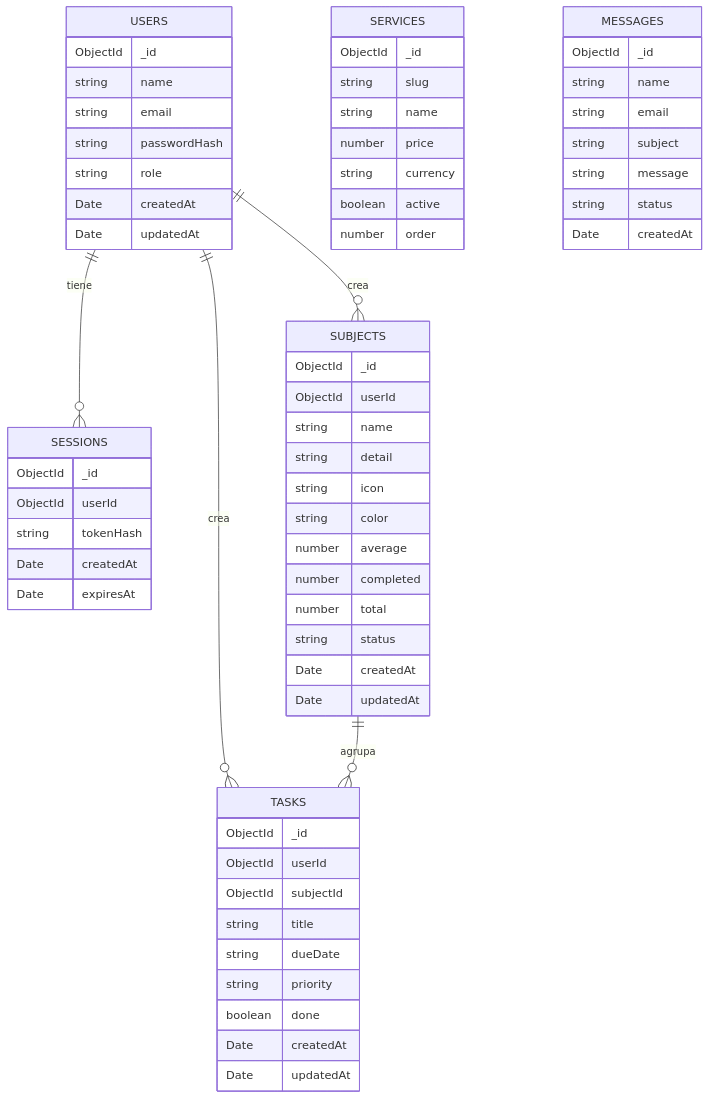
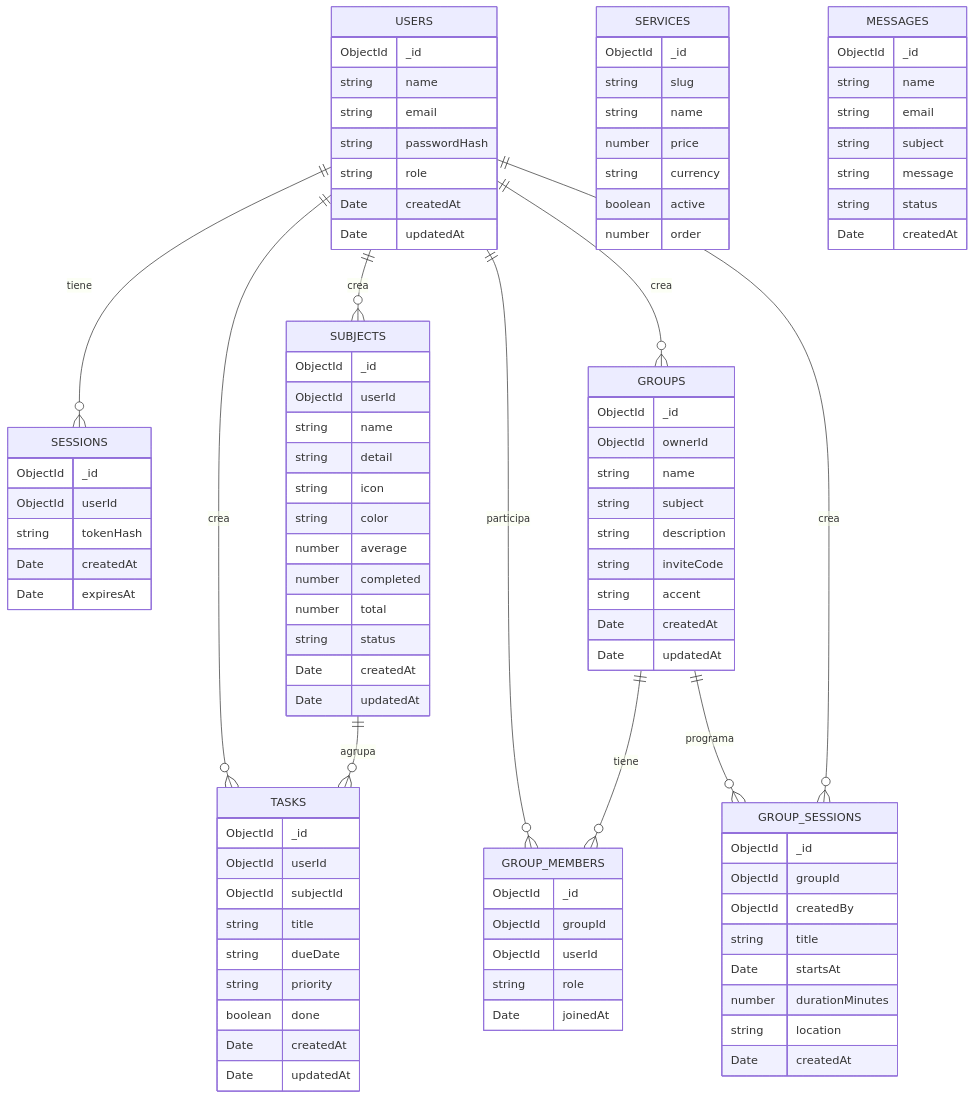
Before and after one commit to Daikiri-Alter-Account/Kiday-Academy: the diagram in docs/base-de-datos.md, drawn with Mermaid. The commit also changed other lines of this file and 8 other files, not shown here.

Commit message:
feat(groups): add persistent study groups and sessions

````diff
--- a/docs/base-de-datos.md
+++ b/docs/base-de-datos.md
@@ -10,6 +10,11 @@
     USERS ||--o{ SUBJECTS : "crea"
     USERS ||--o{ TASKS : "crea"
     SUBJECTS ||--o{ TASKS : "agrupa"
+    USERS ||--o{ GROUPS : "crea"
+    USERS ||--o{ GROUP_MEMBERS : "participa"
+    GROUPS ||--o{ GROUP_MEMBERS : "tiene"
+    GROUPS ||--o{ GROUP_SESSIONS : "programa"
+    USERS ||--o{ GROUP_SESSIONS : "crea"
     USERS {
         ObjectId _id
         string name
@@ -69,4 +74,32 @@
         string status
         Date createdAt
     }
+    GROUPS {
+        ObjectId _id
+        ObjectId ownerId
+        string name
+        string subject
+        string description
+        string inviteCode
+        string accent
+        Date createdAt
+        Date updatedAt
+    }
+    GROUP_MEMBERS {
+        ObjectId _id
+        ObjectId groupId
+        ObjectId userId
+        string role
+        Date joinedAt
+    }
+    GROUP_SESSIONS {
+        ObjectId _id
+        ObjectId groupId
+        ObjectId createdBy
+        string title
+        Date startsAt
+        number durationMinutes
+        string location
+        Date createdAt
+    }
 ```
````
